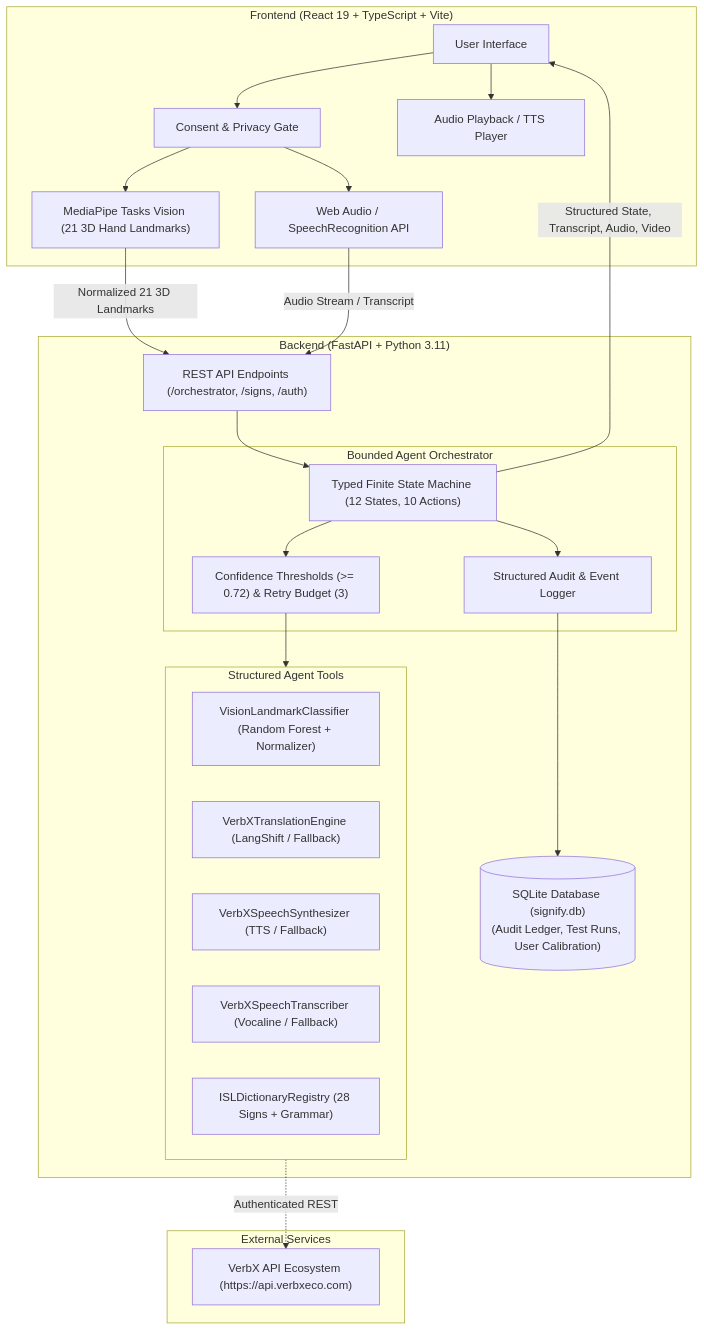
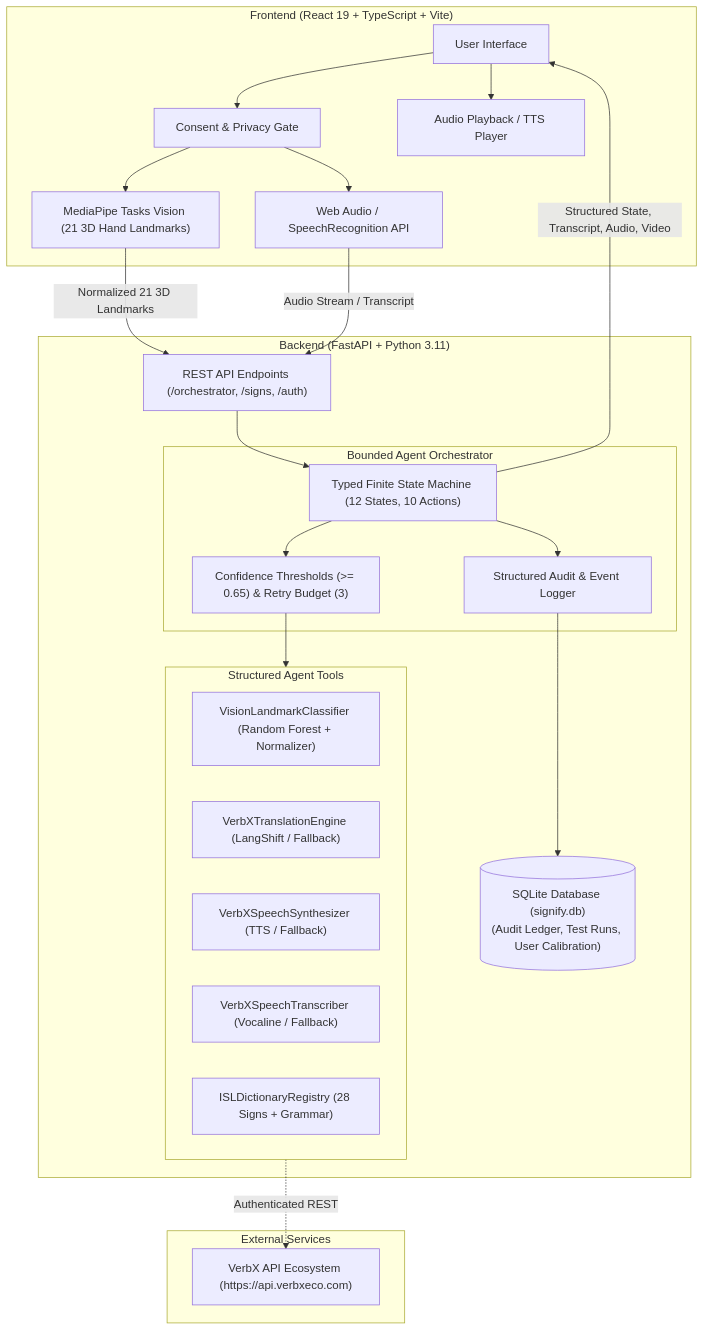
The first of 2 diagrams in docs/ARCHITECTURE.md (tanishqkolhatkar93/Signify), drawn with Mermaid before and after one commit. The commit also changed other lines of this file and 14 other files, not shown here.

````diff
--- a/docs/ARCHITECTURE.md
+++ b/docs/ARCHITECTURE.md
@@ -9,48 +9,48 @@
 ```mermaid
 flowchart TB
     subgraph Client ["Frontend (React 19 + TypeScript + Vite)"]
         UI["User Interface"]
         Consent["Consent & Privacy Gate"]
         MP["MediaPipe Tasks Vision (21 3D Hand Landmarks)"]
         AudioIn["Web Audio / SpeechRecognition API"]
         AudioOut["Audio Playback / TTS Player"]
     end
 
     subgraph Backend ["Backend (FastAPI + Python 3.11)"]
         API["REST API Endpoints (/orchestrator, /signs, /auth)"]
         
         subgraph Orchestrator ["Bounded Agent Orchestrator"]
             FSM["Typed Finite State Machine (12 States, 10 Actions)"]
-            Thresholds["Confidence Thresholds (>= 0.72) & Retry Budget (3)"]
+            Thresholds["Confidence Thresholds (>= 0.65) & Retry Budget (3)"]
             EventLogger["Structured Audit & Event Logger"]
         end
 
         subgraph ToolSubsystem ["Structured Agent Tools"]
             ToolVision["VisionLandmarkClassifier (Random Forest + Normalizer)"]
             ToolTrans["VerbXTranslationEngine (LangShift / Fallback)"]
             ToolSynth["VerbXSpeechSynthesizer (TTS / Fallback)"]
             ToolSTT["VerbXSpeechTranscriber (Vocaline / Fallback)"]
             ToolDict["ISLDictionaryRegistry (28 Signs + Grammar)"]
         end
 
         DB[("SQLite Database (signify.db)<br/>(Audit Ledger, Test Runs, User Calibration)")]
     end
 
     subgraph External ["External Services"]
         VerbX["VerbX API Ecosystem (https://api.verbxeco.com)"]
     end
 
     UI --> Consent
     Consent --> MP
     Consent --> AudioIn
     MP -- "Normalized 21 3D Landmarks" --> API
     AudioIn -- "Audio Stream / Transcript" --> API
     API --> FSM
     FSM --> Thresholds
     Thresholds --> ToolSubsystem
     FSM --> EventLogger
     EventLogger --> DB
     ToolSubsystem -. "Authenticated REST" .-> VerbX
     FSM -- "Structured State, Transcript, Audio, Video" --> UI
     UI --> AudioOut
 ```
````
